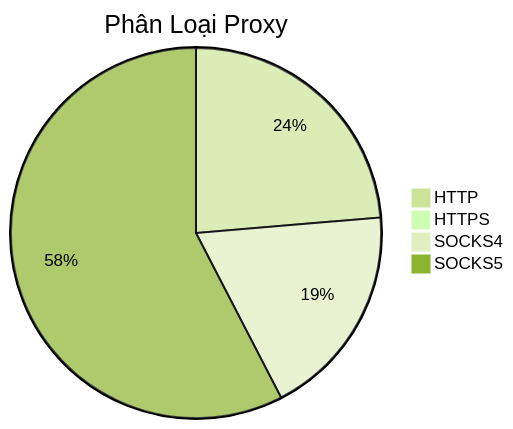
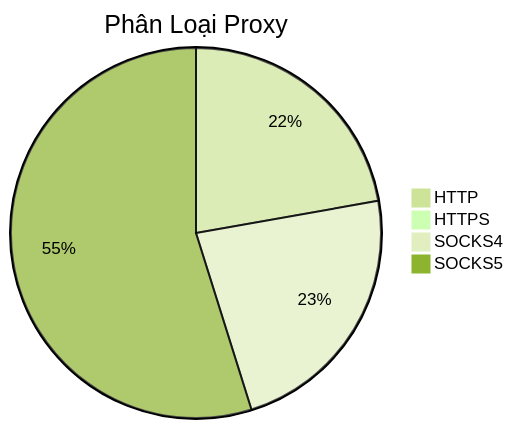
The diagram in README.md (Ciara-12/PROXY-free), drawn with Mermaid (forest theme) before and after one commit. The commit also changed other lines of this file and 4 other files, not shown here.

````diff
--- a/README.md
+++ b/README.md
@@ -26,7 +26,7 @@
 ```mermaid
 pie title Phân Loại Proxy
-    "HTTP" : 433
-    "HTTPS" : 1
-    "SOCKS4" : 343
-    "SOCKS5" : 1054
+    "HTTP" : 305
+    "HTTPS" : 0
+    "SOCKS4" : 315
+    "SOCKS5" : 753
 ```
````
